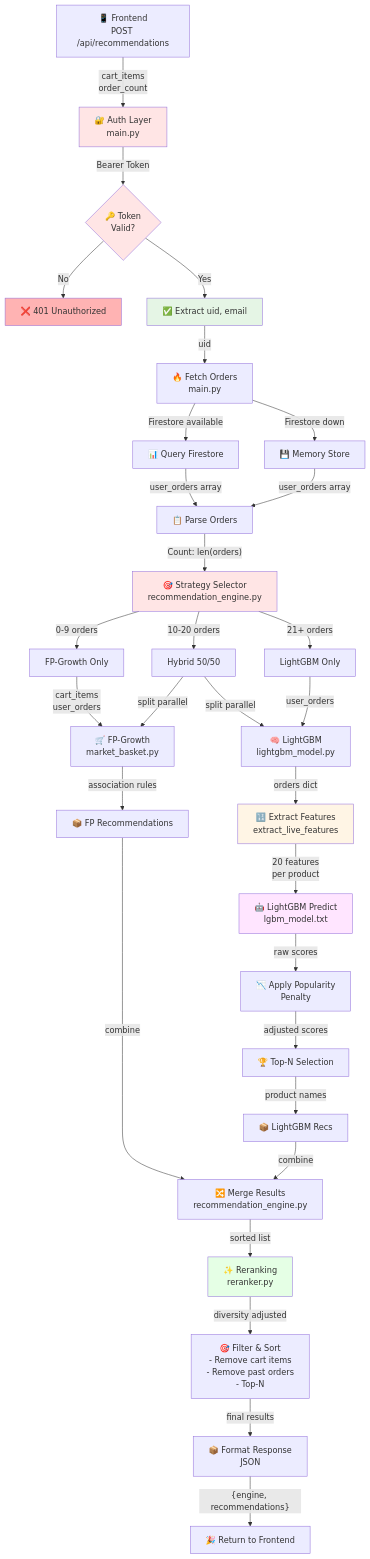
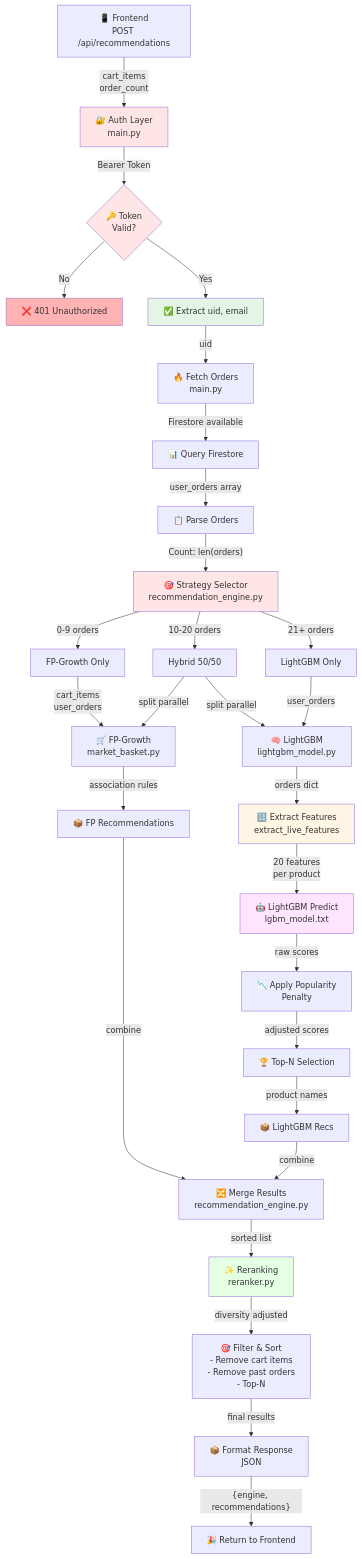
The fifth of 5 diagrams in README.md (atharv061166/small_cart), drawn with Mermaid before and after one commit.

Commit message:
Fix formatting issues in flowchart in README.md

````diff
--- a/README.md
+++ b/README.md
@@ -329,50 +329,49 @@
 ```mermaid
 graph TD
     A["📱 Frontend<br/>POST /api/recommendations"] -->|"cart_items<br/>order_count"| B["🔐 Auth Layer<br/>main.py"]
     
     B -->|"Bearer Token"| C{"🔑 Token<br/>Valid?"}
     C -->|"No"| D["❌ 401 Unauthorized"]
     C -->|"Yes"| E["✅ Extract uid, email"]
     
-    E -->|"uid"| F["🔥 Fetch Orders<br/>main.py"]
+   E -->|"uid"| F["🔥 Fetch Orders<br/>main.py"]
     F -->|"Firestore available"| G["📊 Query Firestore"]
-    F -->|"Firestore down"| H["💾 Memory Store"]
+    
     G -->|"user_orders array"| I["📋 Parse Orders"]
-    H -->|"user_orders array"| I
     
     I -->|"Count: len(orders)"| J["🎯 Strategy Selector<br/>recommendation_engine.py"]
     J -->|"0-9 orders"| K["FP-Growth Only"]
     J -->|"10-20 orders"| L["Hybrid 50/50"]
     J -->|"21+ orders"| M["LightGBM Only"]
     
     K -->|"cart_items<br/>user_orders"| N["🛒 FP-Growth<br/>market_basket.py"]
     L -->|"split parallel"| N
     L -->|"split parallel"| O["🧠 LightGBM<br/>lightgbm_model.py"]
     M -->|"user_orders"| O
     
     N -->|"association rules"| P["📦 FP Recommendations"]
     
     O -->|"orders dict"| Q["🔢 Extract Features<br/>extract_live_features"]
     Q -->|"20 features<br/>per product"| R["🤖 LightGBM Predict<br/>lgbm_model.txt"]
     R -->|"raw scores"| S["📉 Apply Popularity<br/>Penalty"]
     S -->|"adjusted scores"| T["🏆 Top-N Selection"]
     T -->|"product names"| U["📦 LightGBM Recs"]
     
     P -->|"combine"| V["🔀 Merge Results<br/>recommendation_engine.py"]
     U -->|"combine"| V
     
     V -->|"sorted list"| W["✨ Reranking<br/>reranker.py"]
     W -->|"diversity adjusted"| X["🎯 Filter & Sort<br/>- Remove cart items<br/>- Remove past orders<br/>- Top-N"]
     
     X -->|"final results"| Y["📦 Format Response<br/>JSON"]
     Y -->|"{engine, recommendations}"| Z["🎉 Return to Frontend"]
     
     style B fill:#FFE5E5
     style C fill:#FFE5E5
     style D fill:#FFB3B3
     style E fill:#E5F5E5
     style J fill:#FFE5E5
     style Q fill:#FFF5E5
     style R fill:#FFE5FF
     style W fill:#E5FFE5
 ```
````
